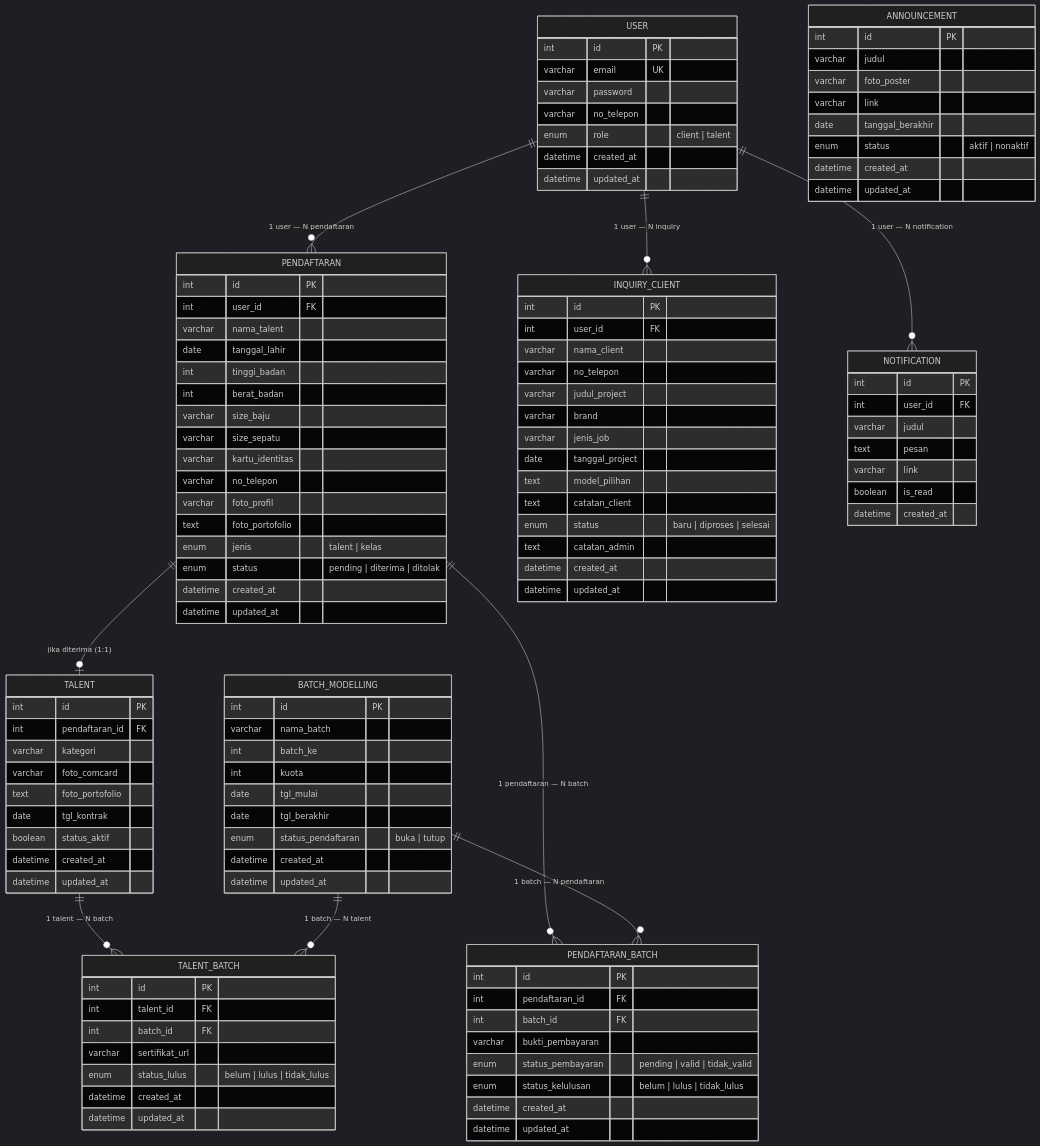
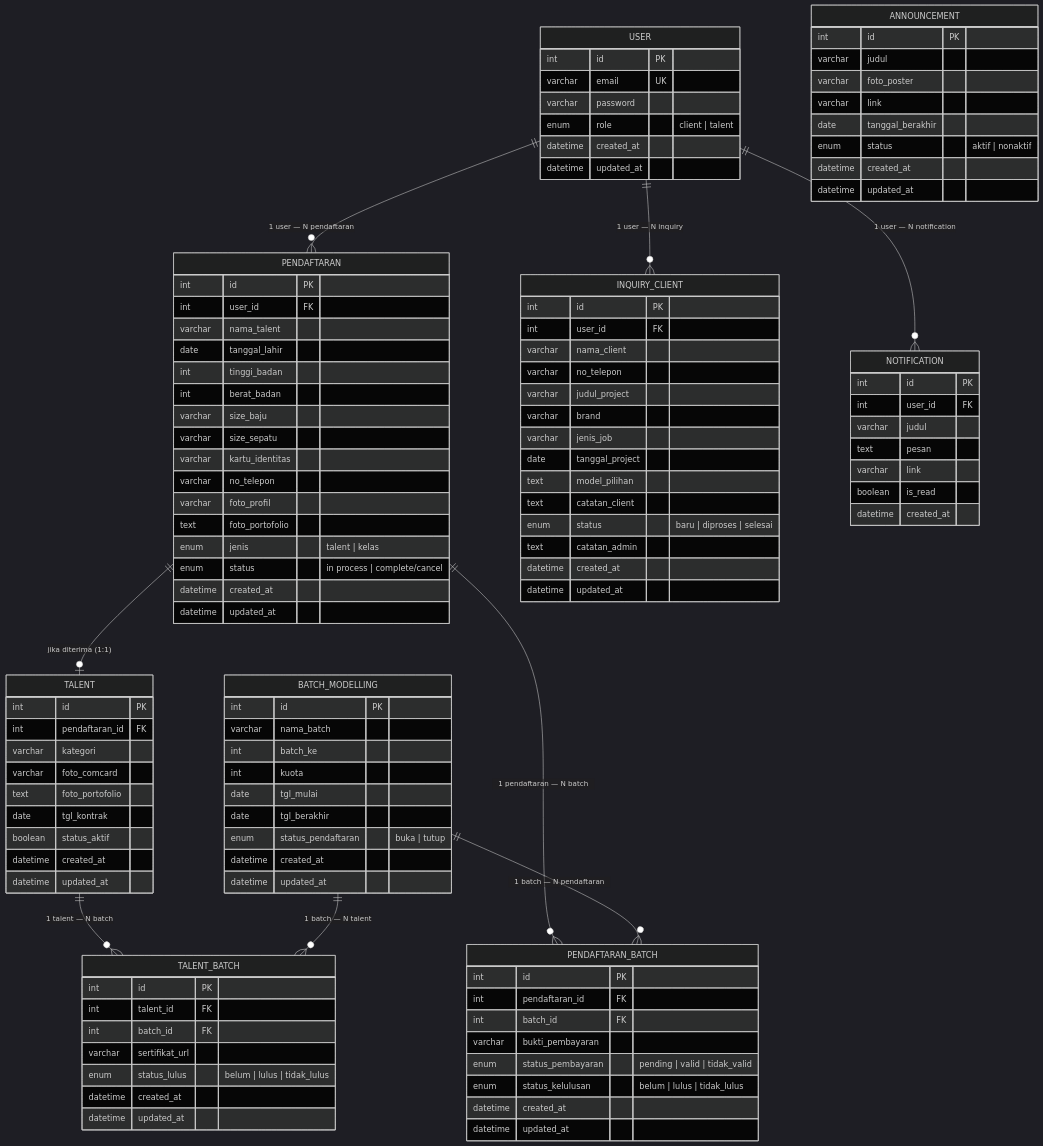
Before and after one commit to FarisahGhassani/TUGAS-AKHIR---Portal-Management: the second of 2 diagrams in PRD_Portal_Agency_Modelling_Updated.md, drawn with Mermaid (dark theme). The commit also changed 107 other files, not shown here.

```diff
--- a/PRD_Portal_Agency_Modelling_Updated.md
+++ b/PRD_Portal_Agency_Modelling_Updated.md
@@ -230,7 +230,6 @@
         int id PK
         varchar email UK
         varchar password
-        varchar no_telepon
         enum role "client | talent"
         datetime created_at
         datetime updated_at
@@ -250,7 +249,7 @@
         varchar foto_profil
         text foto_portofolio
         enum jenis "talent | kelas"
-        enum status "pending | diterima | ditolak"
+        enum status "in process | complete/cancel"
         datetime created_at
         datetime updated_at
     }
```
